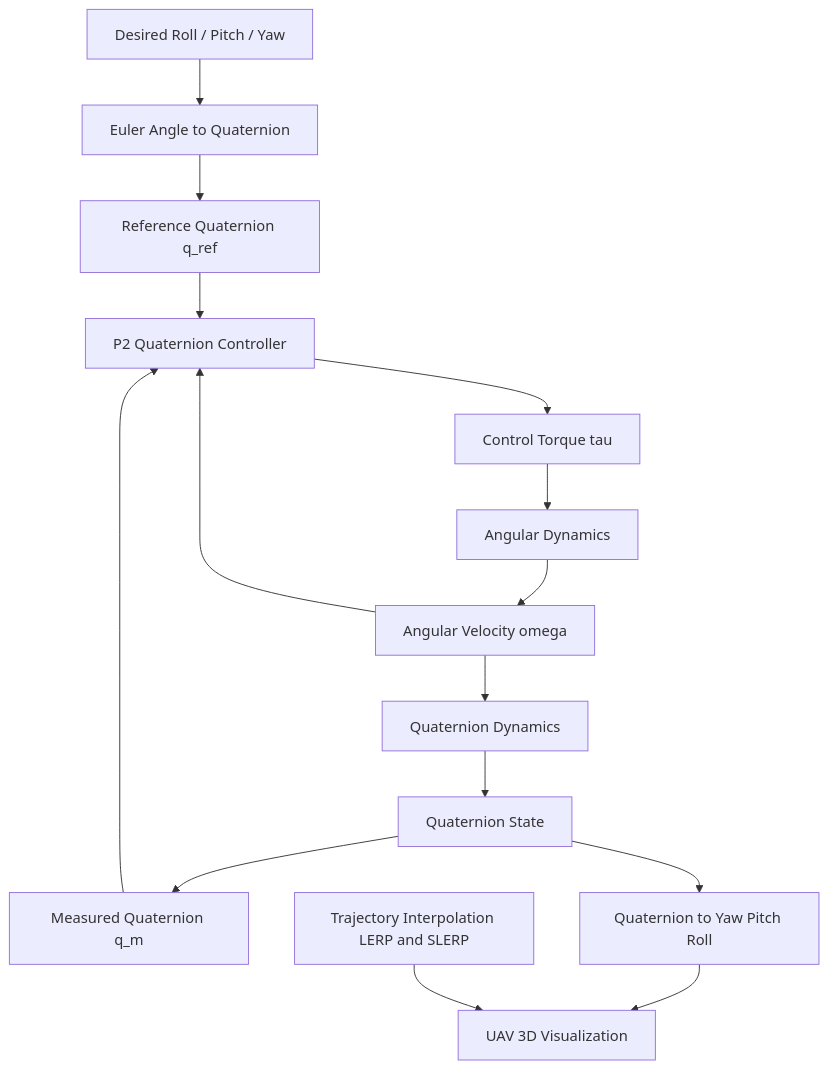
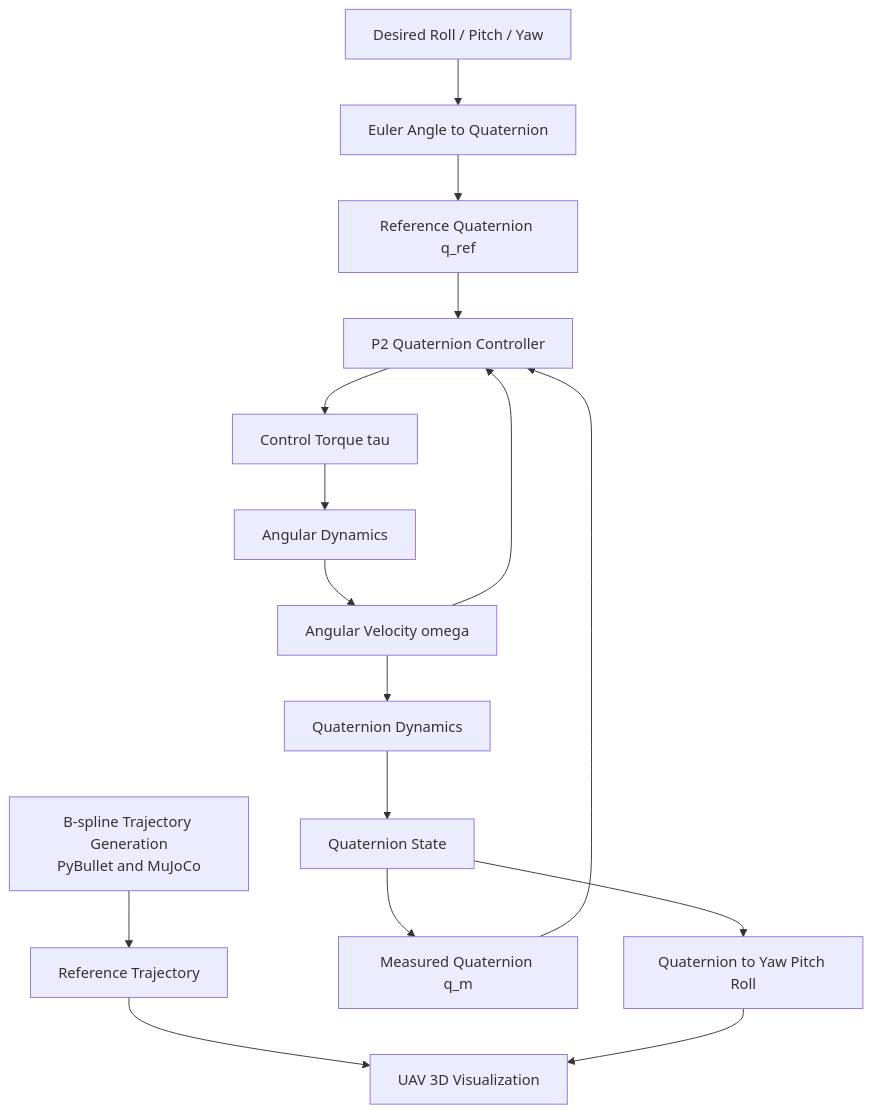
Before and after one commit to NamburiRupesh/Drones_S5_CD5_UAV_Attitude_Control_Quaternion: the diagram in README.md, drawn with Mermaid.

Commit message:
Updated the mermaid flow diagram

````diff
--- a/README.md
+++ b/README.md
@@ -353,18 +353,23 @@
 ```mermaid
+
 flowchart TD
     A[Desired Roll / Pitch / Yaw] --> B[Euler Angle to Quaternion]
     B --> C[Reference Quaternion q_ref]
+
+    M[B-spline Trajectory Generation<br/>PyBullet and MuJoCo] --> N[Reference Trajectory]
+    N --> L[UAV 3D Visualization]
+
     C --> E[P2 Quaternion Controller]
     D[Measured Quaternion q_m] --> E
     F[Angular Velocity omega] --> E
+
     E --> G[Control Torque tau]
     G --> H[Angular Dynamics]
     H --> F
     F --> I[Quaternion Dynamics]
     I --> J[Quaternion State]
     J --> D
     J --> K[Quaternion to Yaw Pitch Roll]
-    K --> L[UAV 3D Visualization]
-    
-    M[Trajectory Interpolation LERP and SLERP] --> L
+    K --> L
+
 ```
````
